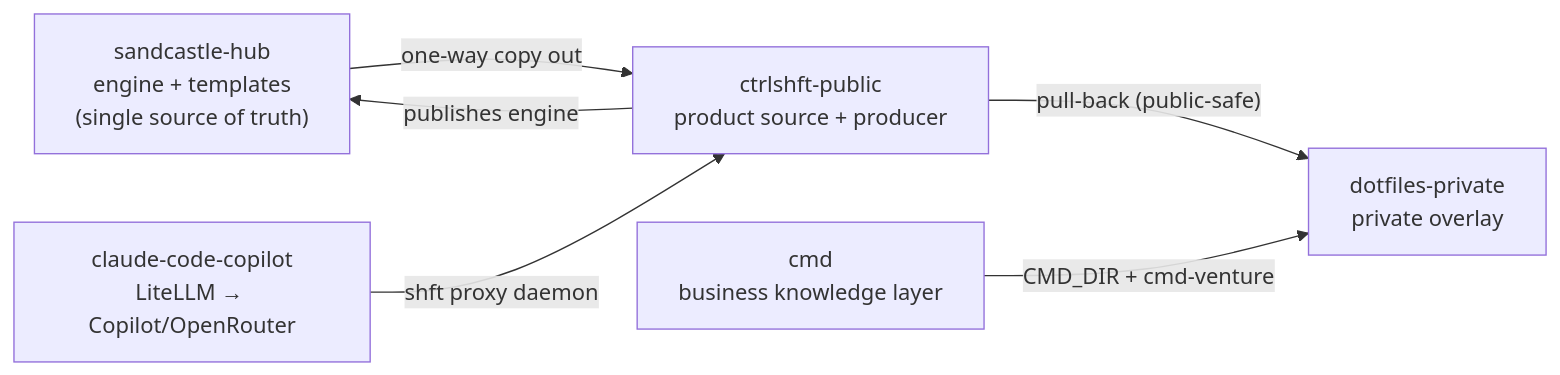
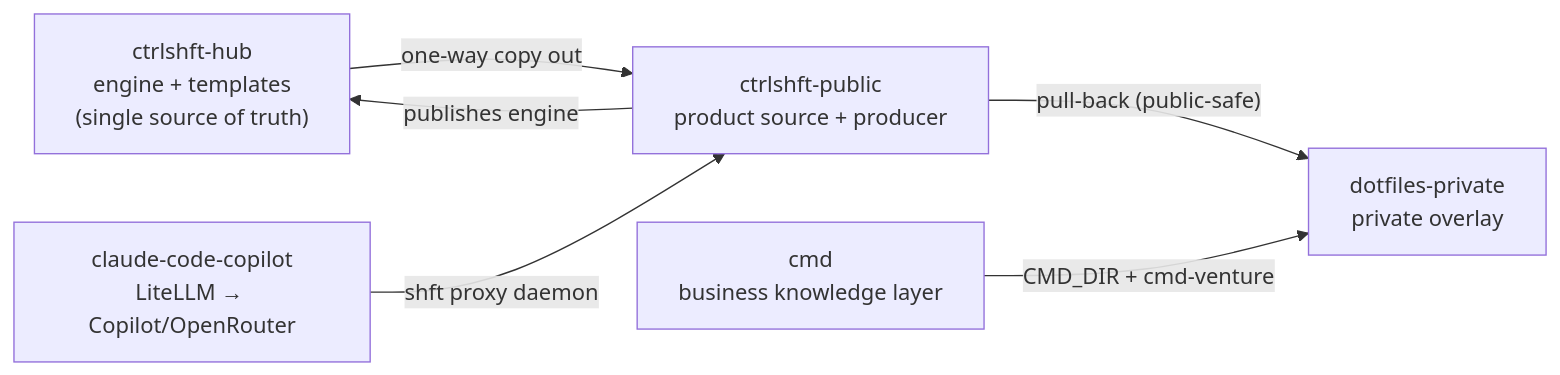
The first of 3 diagrams in README.md (arndvs/ctrlshft), drawn with Mermaid before and after one commit. The commit also changed other lines of this file and 51 other files, not shown here.

First line of the commit message:
chore(repo): sandcastle-hub → ctrlshft-hub (tooling, templates, ADR)

````diff
--- a/README.md
+++ b/README.md
@@ -30,14 +30,14 @@
 ```mermaid
 graph LR
-    HUB["sandcastle-hub<br/>engine + templates<br/>(single source of truth)"]
+    HUB["ctrlshft-hub<br/>engine + templates<br/>(single source of truth)"]
     PROD["ctrlshft-public<br/>product source + producer"]
     DOT["dotfiles-private<br/>private overlay"]
     CMD["cmd<br/>business knowledge layer"]
     PROXY["claude-code-copilot<br/>LiteLLM → Copilot/OpenRouter"]
 
     PROD -->|"publishes engine"| HUB
     HUB -->|"one-way copy out"| PROD
     PROD -->|"pull-back (public-safe)"| DOT
     CMD -->|"CMD_DIR + cmd-venture"| DOT
     PROXY -->|"shft proxy daemon"| PROD
 ```
````
